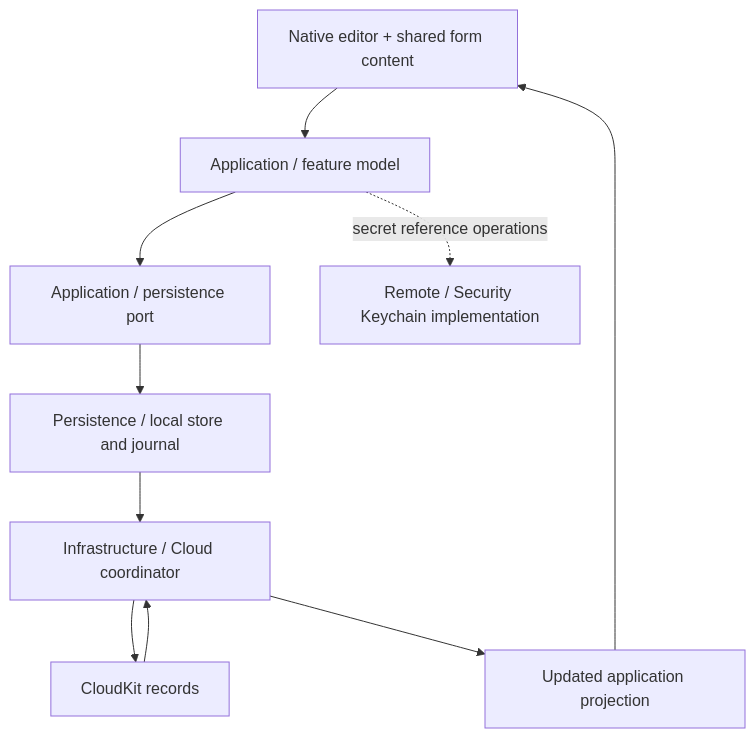
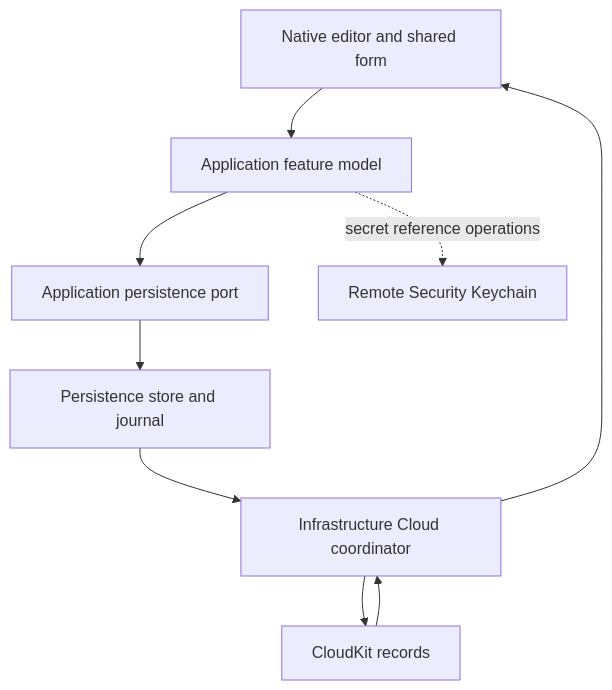
One commit to AkinoKaede/Termind changed the third of 3 diagrams in openwiki/architecture/shared-module-directories.md. Above: the diagram before and after it, drawn with Mermaid. The commit also changed other lines of this file and 56 other files, not shown here.

````diff
--- a/openwiki/architecture/shared-module-directories.md
+++ b/openwiki/architecture/shared-module-directories.md
@@ -332,12 +271,11 @@
 ```mermaid
 flowchart TB
-    Editor["Native editor + shared form content"] --> Model["Application / feature model"]
-    Model --> Port["Application / persistence port"]
-    Port --> Store["Persistence / local store and journal"]
-    Store --> Sync["Infrastructure / Cloud coordinator"]
+    Editor["Native editor and shared form"] --> Model["Application feature model"]
+    Model --> Port["Application persistence port"]
+    Port --> Store["Persistence store and journal"]
+    Store --> Sync["Infrastructure Cloud coordinator"]
     Sync --> Cloud["CloudKit records"]
     Cloud --> Sync
-    Sync --> Projection["Updated application projection"]
-    Projection --> Editor
-    Model -.->|secret reference operations| Secrets["Remote / Security Keychain implementation"]
+    Sync --> Editor
+    Model -.->|secret reference operations| Secrets["Remote Security Keychain"]
 ```
````
